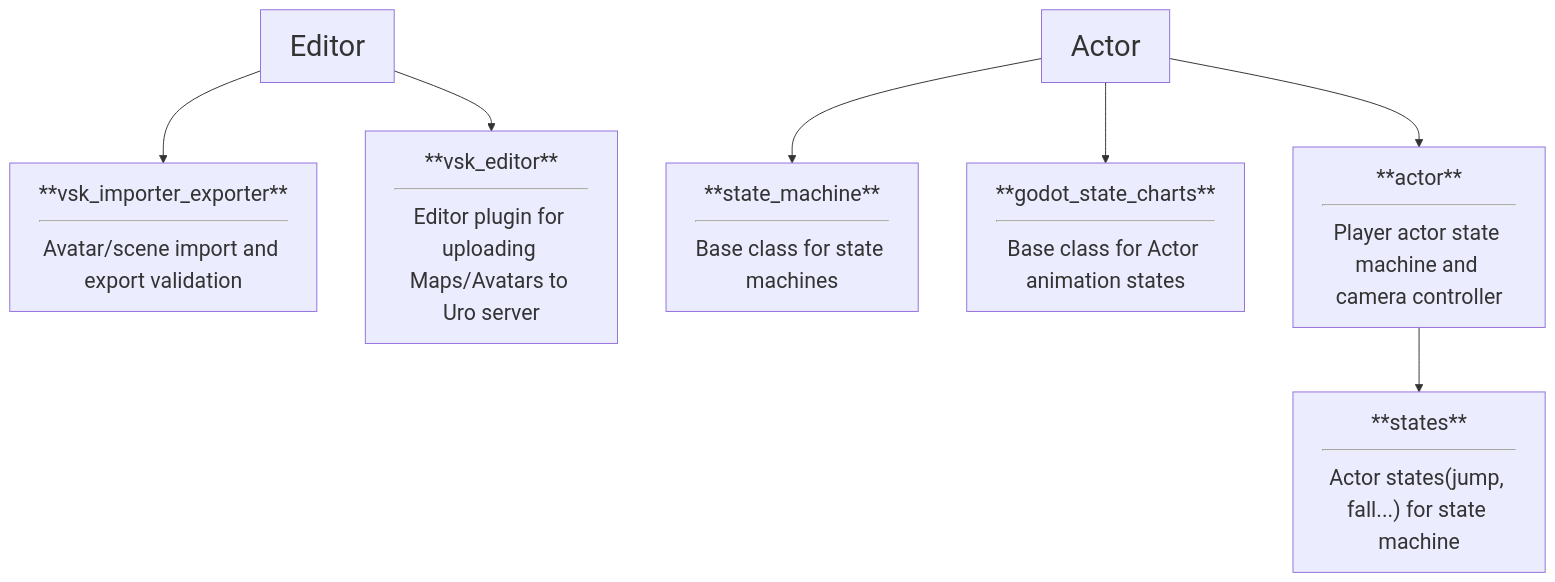
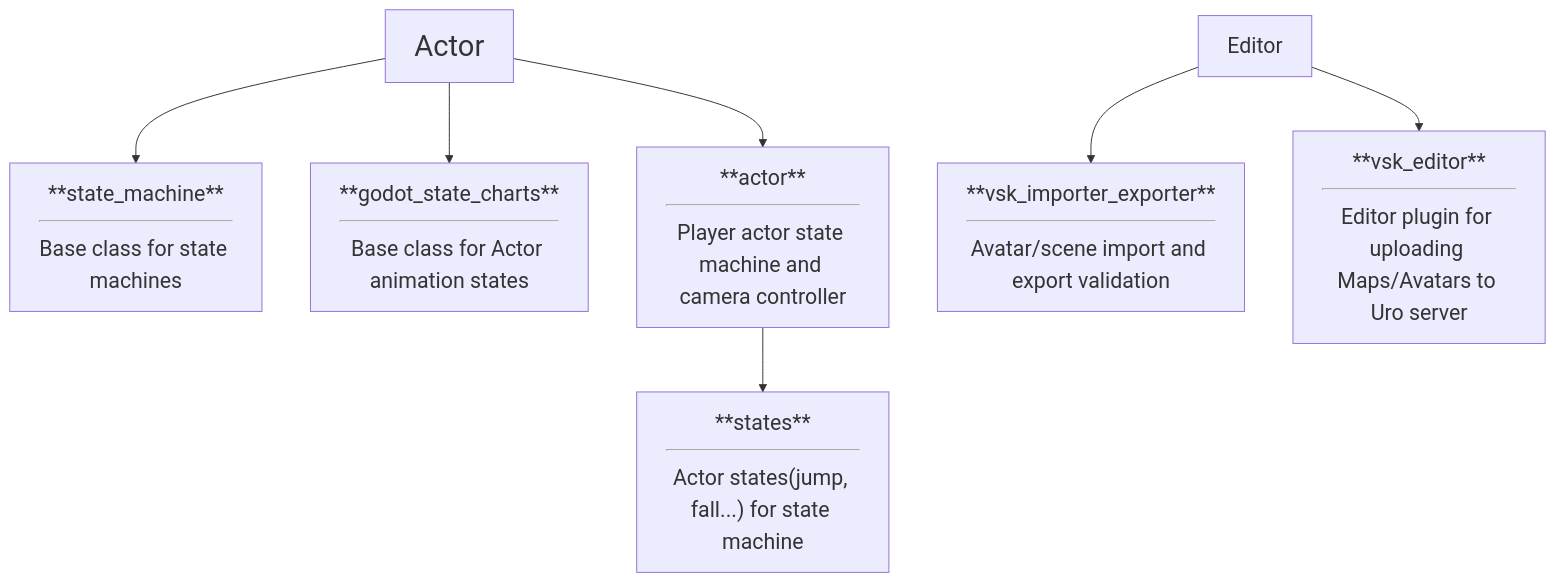
The fifth of 9 diagrams in test2.md (dragonhunt02/v-sekai-game), drawn with Mermaid before and after one commit. The commit also changed other lines of this file, not shown here.

````diff
--- a/test2.md
+++ b/test2.md
@@ -100,14 +59,14 @@
 ```mermaid
 %%{init: {'themeVariables': { 'fontSize': '22px' }}}%%
 flowchart TD
-        Editor --> addon33[**vsk_importer_exporter**<hr>Avatar/scene import and export validation]
-        Editor --> addon34[**vsk_editor**<hr>Editor plugin for uploading Maps/Avatars to Uro server]
         Actor --> addon6[**state_machine**<hr>Base class for state machines]
         Actor --> addon27[**godot_state_charts**<hr>Base class for Actor animation states]
         Actor --> addon32[**actor**<hr>Player actor state machine and camera controller]
             addon32 --> dir1["**states**<hr>Actor states(jump, fall...) for state machine"]
+        Editor --> addon33[**vsk_importer_exporter**<hr>Avatar/scene import and export validation]
+        Editor --> addon34[**vsk_editor**<hr>Editor plugin for uploading Maps/Avatars to Uro server]
 
     classDef Category font-size:30px
-    class A,B,Actor,Audio,Editor,Entities,Game,UI,Misc,Network,VR-XR,VRM Category
+    class Actor Category
 
 ```
````
